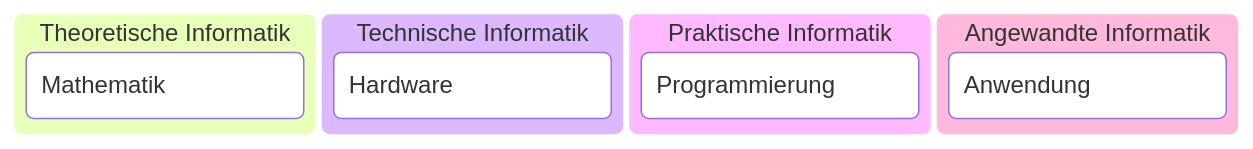
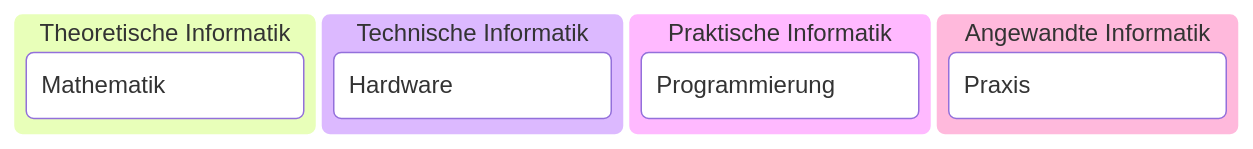
Before and after one commit to stefanmaeder/assembler: the diagram in slides/01_einordnung.md, drawn with Mermaid.

````diff
--- a/slides/01_einordnung.md
+++ b/slides/01_einordnung.md
@@ -1,11 +1,11 @@
 ```mermaid
 kanban
   id2[Theoretische Informatik]
     id21[Mathematik]
   id1[Technische Informatik]
     id11[Hardware]
   id3[Praktische Informatik]
     id31[Programmierung]
   id4[Angewandte Informatik]
-    id41[Anwendung]
+    id41[Praxis]
 ```
````
